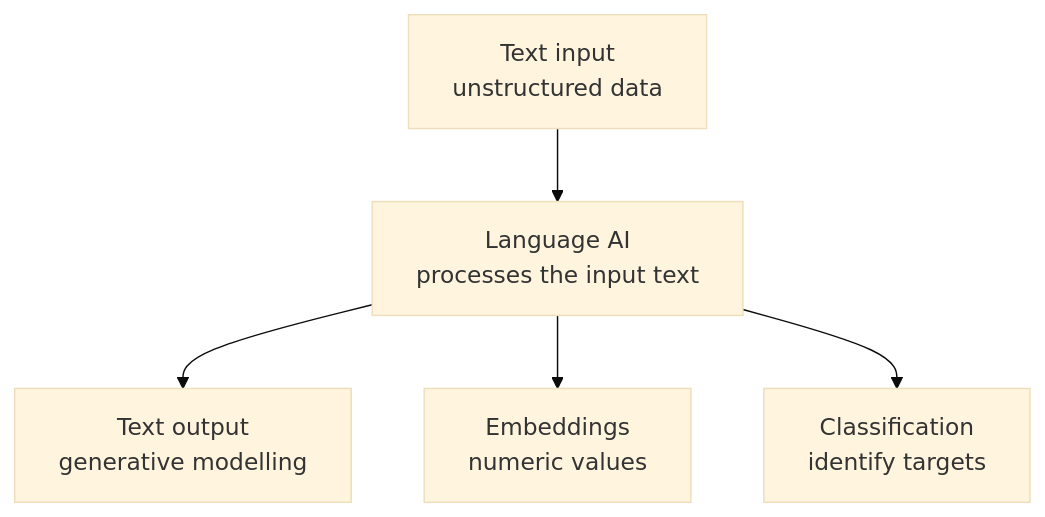
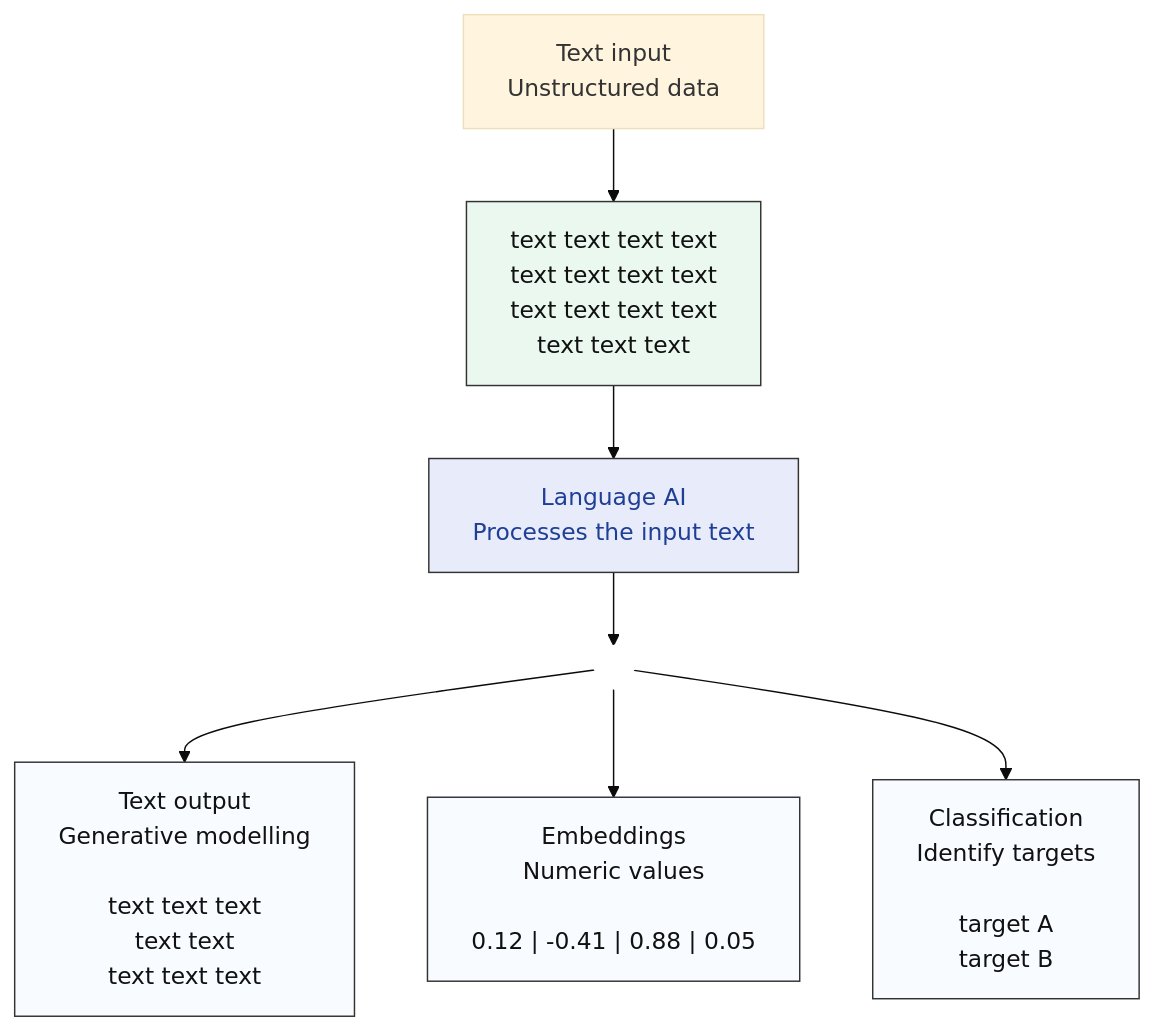
One commit to sanjaykumarpushadapu/MTech changed the second of 15 diagrams in 2026-2027-Sem1/AIMLZG536-LLMForGenerativeAI/notes/S01-foundations.md. Above: the diagram before and after it, drawn with Mermaid (base theme). The commit also changed other lines of this file and 11 other files, not shown here.

````diff
--- a/2026-2027-Sem1/AIMLZG536-LLMForGenerativeAI/notes/S01-foundations.md
+++ b/2026-2027-Sem1/AIMLZG536-LLMForGenerativeAI/notes/S01-foundations.md
@@ -41,7 +46,18 @@
 ```mermaid
 flowchart TD
-    T["Text input<br/>unstructured data"] --> LAI["Language AI<br/>processes the input text"]
-    LAI --> G["Text output<br/>generative modelling"]
-    LAI --> E["Embeddings<br/>numeric values"]
-    LAI --> C["Classification<br/>identify targets"]
+    TITLE["Text input<br/>Unstructured data"] --> TXT["text text text text<br/>text text text text<br/>text text text text<br/>text text text"]
+    TXT --> LAI["Language AI<br/>Processes the input text"]
+    LAI --> SPLIT{" "}
+    SPLIT --> G["Text output<br/>Generative modelling<br/><br/>text text text<br/>text text<br/>text text text"]
+    SPLIT --> E["Embeddings<br/>Numeric values<br/><br/>0.12 | -0.41 | 0.88 | 0.05"]
+    SPLIT --> C["Classification<br/>Identify targets<br/><br/>target A<br/>target B"]
+
+    classDef input fill:#eaf8ef,stroke:#333,stroke-width:1px,color:#111;
+    classDef processor fill:#e8ebfa,stroke:#333,stroke-width:1px,color:#1f3f96;
+    classDef output fill:#f8fbff,stroke:#333,stroke-width:1px,color:#111;
+    classDef hidden fill:#ffffff,stroke:#ffffff,color:#ffffff;
+    class TXT input;
+    class LAI processor;
+    class G,E,C output;
+    class SPLIT hidden;
 ```
````
